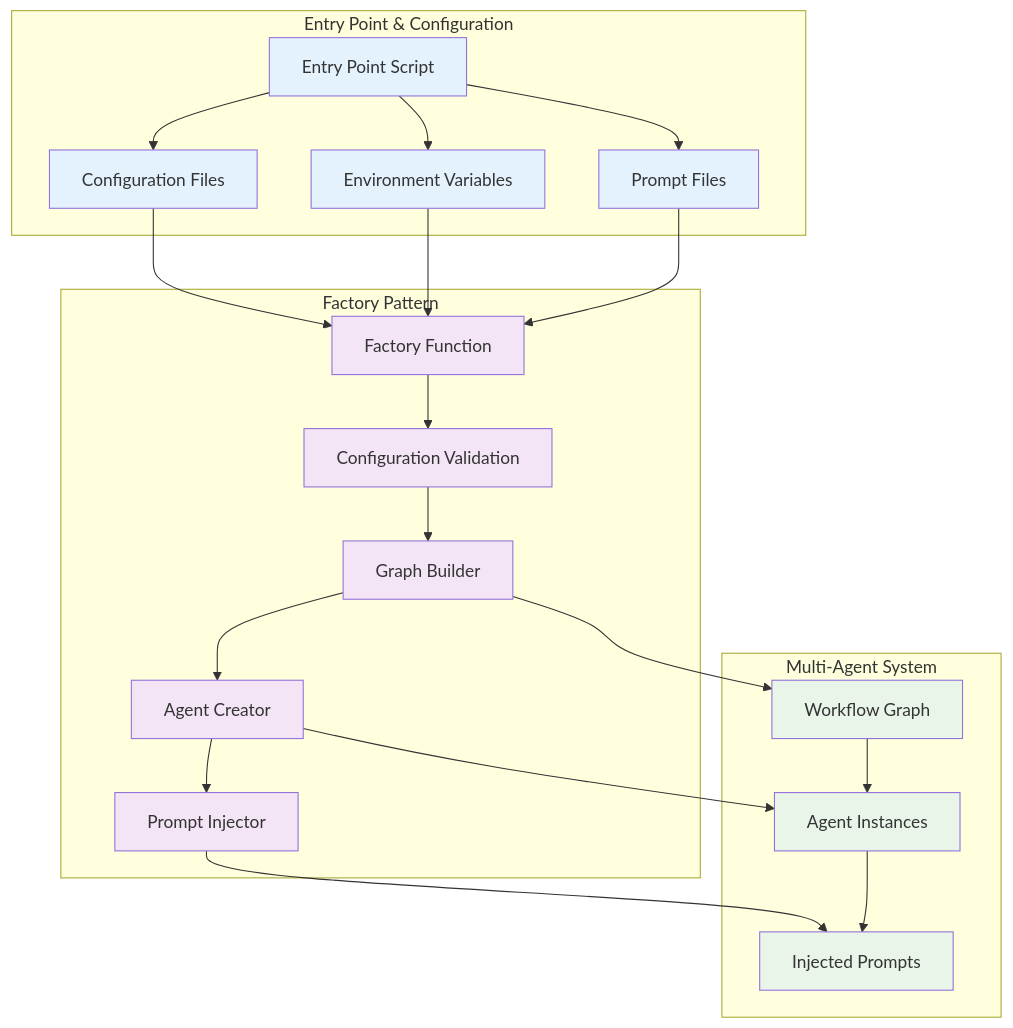
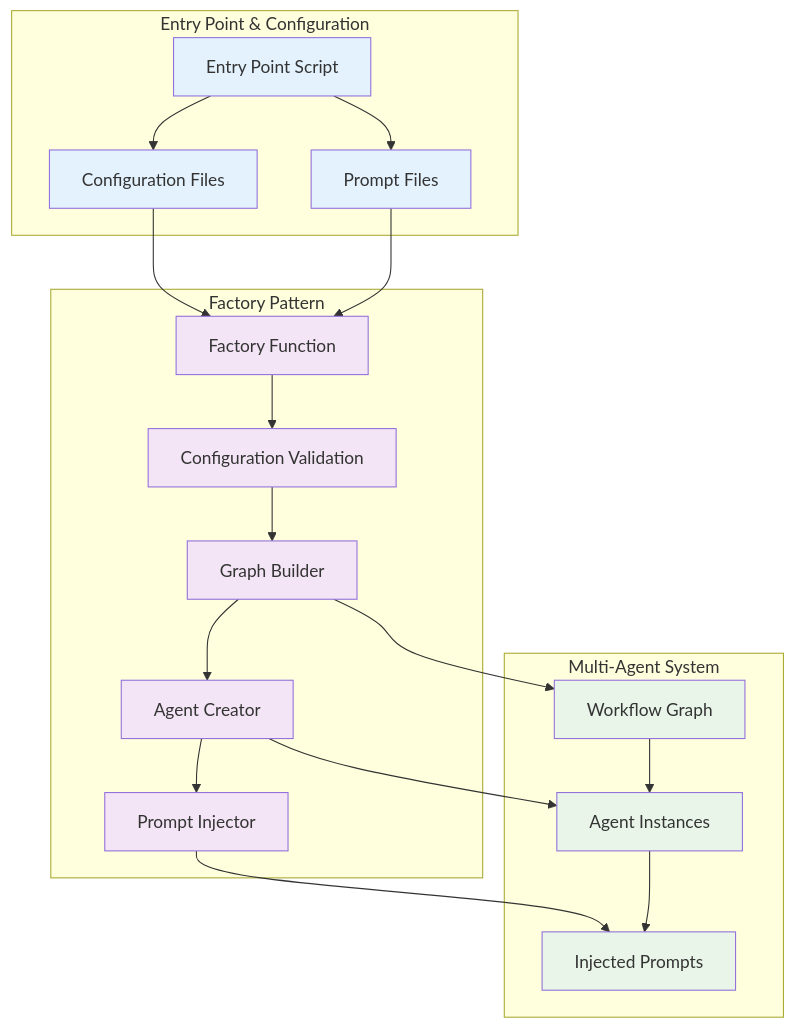
Before and after one commit to jdsham/hf-ai-agents-course: the ninth of 14 diagrams in docs/src2/ARCHITECTURE.md, drawn with Mermaid. The commit also changed other lines of this file, not shown here.

Commit message:
Updated source code architecture document. Clarified more aspects about the architecture.

````diff
--- a/docs/src2/ARCHITECTURE.md
+++ b/docs/src2/ARCHITECTURE.md
@@ -1571,51 +1675,48 @@
 ```mermaid
 graph TB
     subgraph "Entry Point & Configuration"
         EP[Entry Point Script]
         Config[Configuration Files]
-        EnvVars[Environment Variables]
         Prompts[Prompt Files]
     end
     
     subgraph "Factory Pattern"
         Factory[Factory Function]
         Validation[Configuration Validation]
         GraphBuilder[Graph Builder]
         AgentCreator[Agent Creator]
         PromptInjector[Prompt Injector]
     end
     
     subgraph "Multi-Agent System"
         Graph[Workflow Graph]
         Agents[Agent Instances]
         InjectedPrompts[Injected Prompts]
     end
     
     EP --> Config
-    EP --> EnvVars
     EP --> Prompts
     
     Config --> Factory
-    EnvVars --> Factory
     Prompts --> Factory
     
     Factory --> Validation
     Validation --> GraphBuilder
     GraphBuilder --> AgentCreator
     AgentCreator --> PromptInjector
     
     GraphBuilder --> Graph
     AgentCreator --> Agents
     PromptInjector --> InjectedPrompts
     
     Graph --> Agents
     Agents --> InjectedPrompts
     
     classDef entry fill:#e3f2fd
     classDef factory fill:#f3e5f5
     classDef system fill:#e8f5e8
     
-    class EP,Config,EnvVars,Prompts entry
+    class EP,Config,Prompts entry
     class Factory,Validation,GraphBuilder,AgentCreator,PromptInjector factory
     class Graph,Agents,InjectedPrompts system
 ```
````
